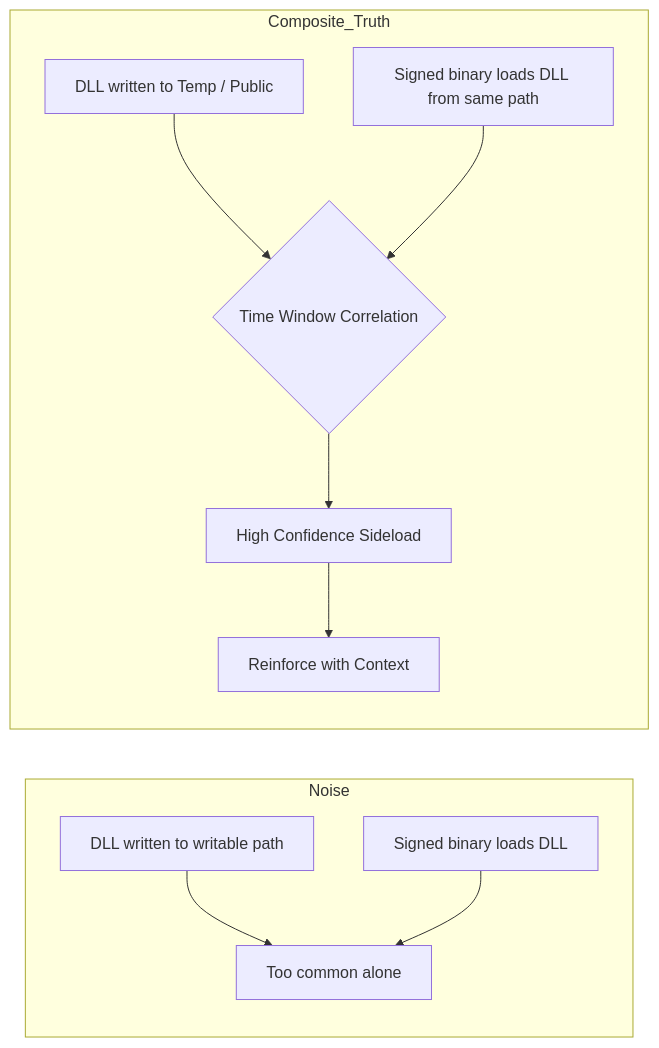
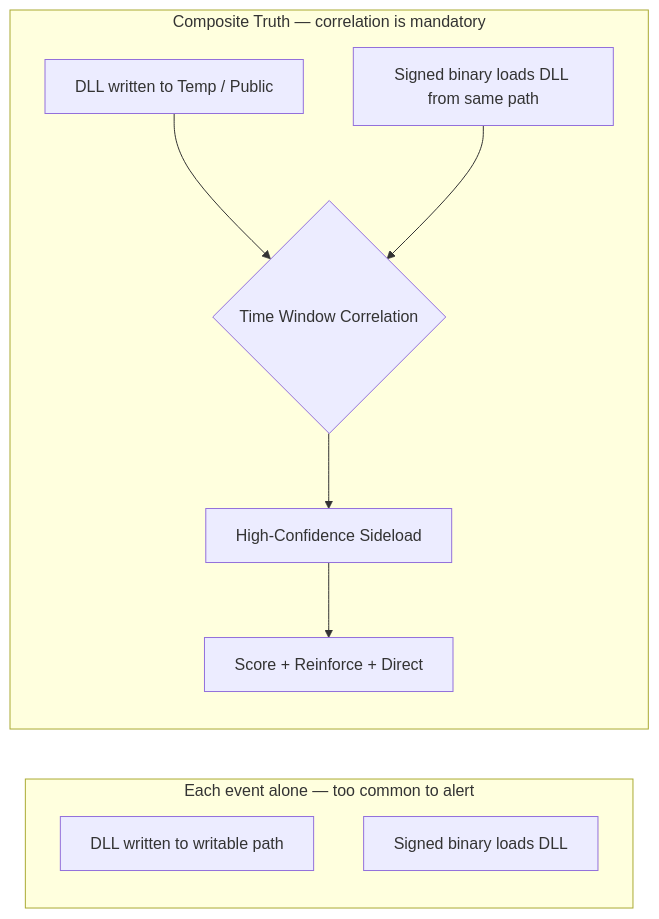
The first of 3 diagrams in README2.0.md (azdabat/Minimum-Truth-Detection-Framework-ADX-Validated-Composite-Rules), drawn with Mermaid before and after one commit. The commit also changed other lines of this file, not shown here.

````diff
--- a/README2.0.md
+++ b/README2.0.md
@@ -464,18 +190,15 @@
 ```mermaid
 flowchart LR
-    subgraph Noise
+    subgraph Noise["Each event alone — too common to alert"]
         A[DLL written to writable path]
         B[Signed binary loads DLL]
-        A --> X[Too common alone]
-        B --> X
     end
-
-    subgraph Composite_Truth
+    subgraph Truth["Composite Truth — correlation is mandatory"]
         C[DLL written to Temp / Public]
         D[Signed binary loads DLL from same path]
         C --> E{Time Window Correlation}
         D --> E
-        E --> F[High Confidence Sideload]
-        F --> G[Reinforce with Context]
+        E --> F[High-Confidence Sideload]
+        F --> G[Score + Reinforce + Direct]
     end
 ```
````
